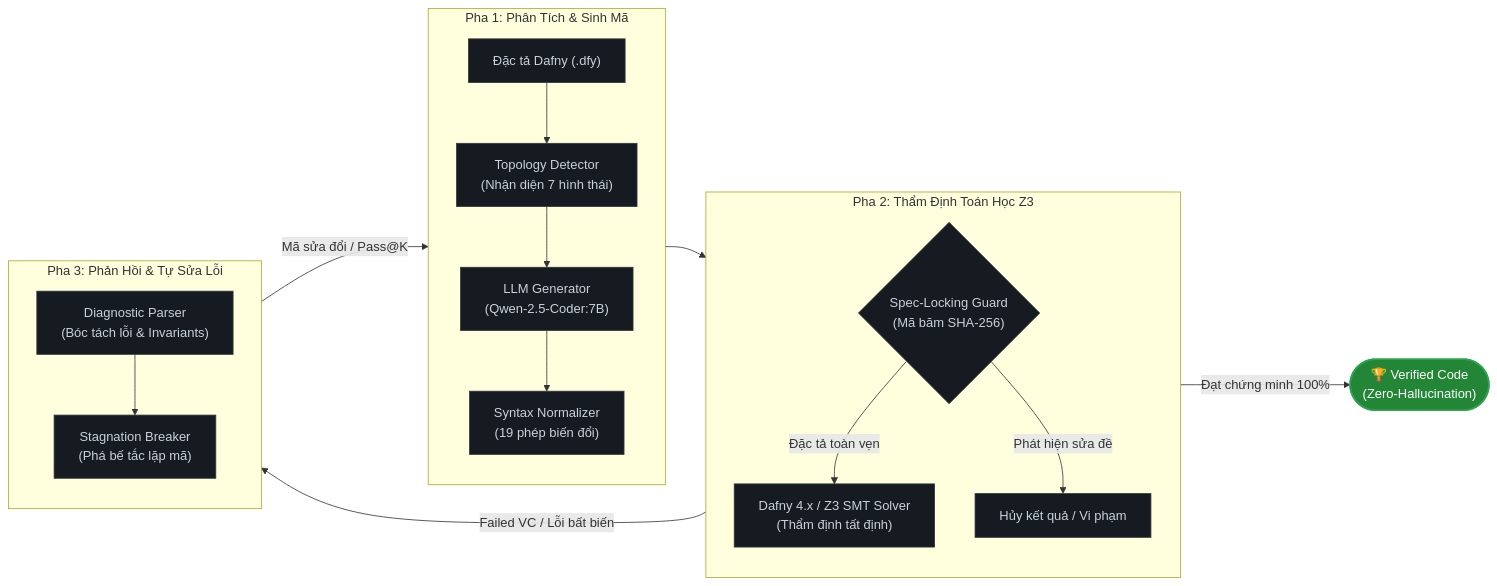
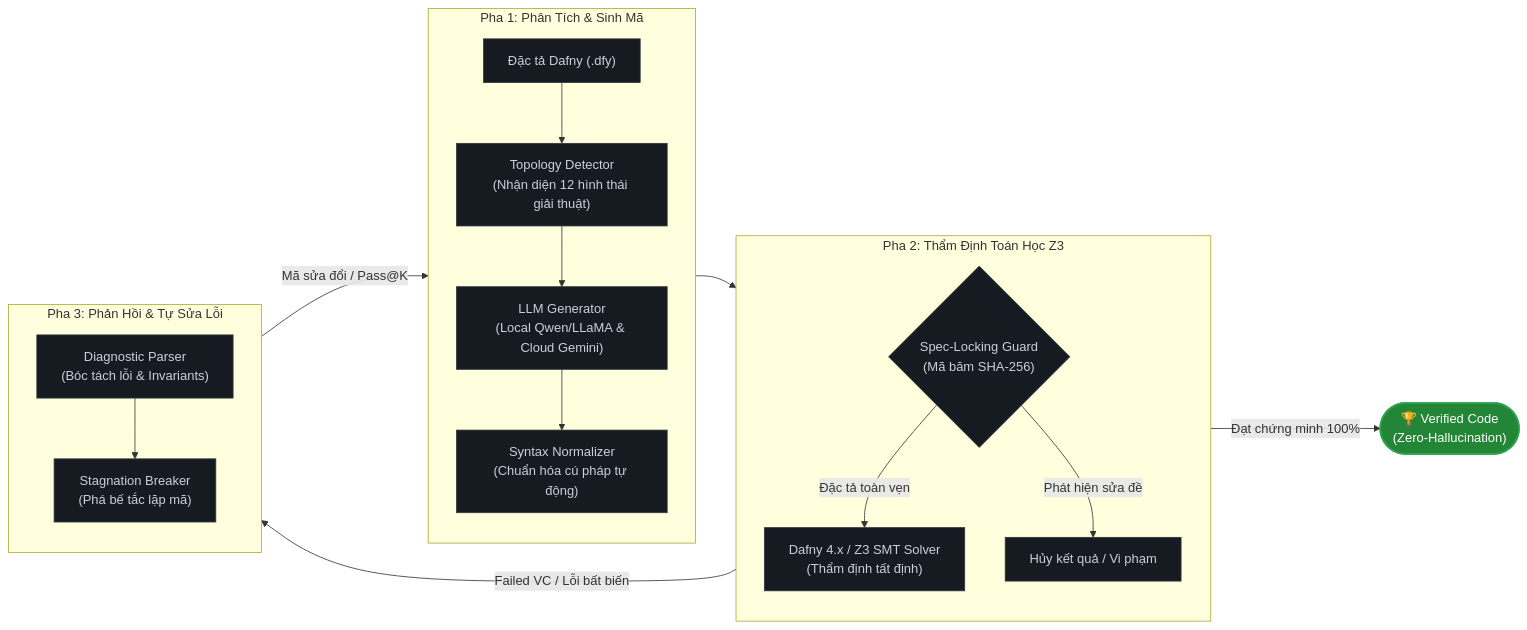
One commit to KhoaSuyThan/Formal_Verification-in-the-Loop changed the diagram in README.md. Above: the diagram before and after it, drawn with Mermaid. The commit also changed other lines of this file and 23 other files, not shown here.

Commit message:
feat: Tích hợp đối đầu đa mô hình Local vs Cloud, tối ưu token 8192 và hoàn thiện tài liệu NCKH

````diff
--- a/README.md
+++ b/README.md
@@ -13,32 +20,32 @@
 ```mermaid
 flowchart LR
     subgraph P1 ["Pha 1: Phân Tích & Sinh Mã"]
         direction TB
-        A["Đặc tả Dafny (.dfy)"] --> B["Topology Detector<br/>(Nhận diện 7 hình thái)"]
-        B --> C["LLM Generator<br/>(Qwen-2.5-Coder:7B)"]
-        C --> D["Syntax Normalizer<br/>(19 phép biến đổi)"]
+        A["Đặc tả Dafny (.dfy)"] --> B["Topology Detector<br/>(Nhận diện 12 hình thái giải thuật)"]
+        B --> C["LLM Generator<br/>(Local Qwen/LLaMA & Cloud Gemini)"]
+        C --> D["Syntax Normalizer<br/>(Chuẩn hóa cú pháp tự động)"]
     end
 
     subgraph P2 ["Pha 2: Thẩm Định Toán Học Z3"]
         direction TB
         E{"Spec-Locking Guard<br/>(Mã băm SHA-256)"}
         F["Dafny 4.x / Z3 SMT Solver<br/>(Thẩm định tất định)"]
         E -->|Đặc tả toàn vẹn| F
         E -->|Phát hiện sửa đề| X["Hủy kết quả / Vi phạm"]
     end
 
     subgraph P3 ["Pha 3: Phản Hồi & Tự Sửa Lỗi"]
         direction TB
         H["Diagnostic Parser<br/>(Bóc tách lỗi & Invariants)"]
         I["Stagnation Breaker<br/>(Phá bế tắc lặp mã)"]
         H --> I
     end
 
     D --> E
     F -->|Đạt chứng minh 100%| G(["🏆 Verified Code<br/>(Zero-Hallucination)"]):::passStyle
     F -->|Failed VC / Lỗi bất biến| H
     I -->|Mã sửa đổi / Pass@K| D
 
     classDef passStyle fill:#238636,stroke:#2ea44f,stroke-width:2px,color:#fff;
     classDef default fill:#161b22,stroke:#30363d,stroke-width:1px,color:#c9d1d9;
 ```
````
